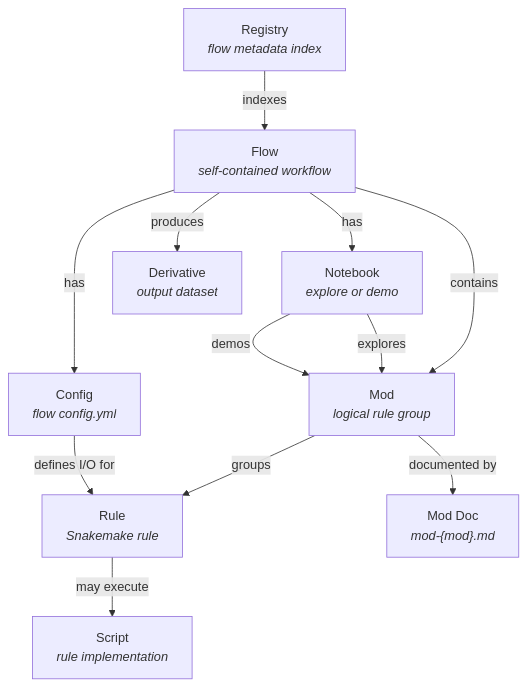
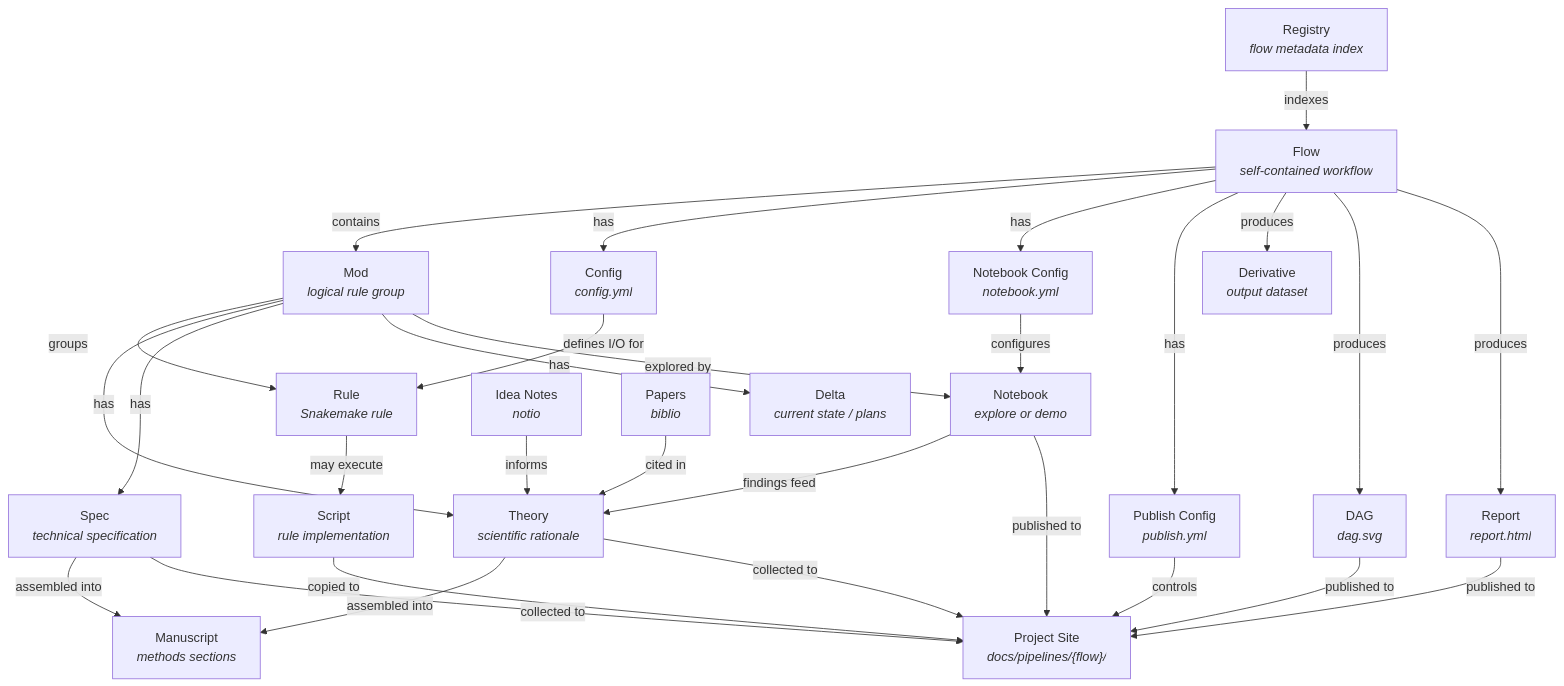
The first of 5 diagrams in docs/specs/pipeio/ontology.md (arashshahidi1997/projio), drawn with Mermaid before and after one commit. The commit also changed other lines of this file, not shown here.

Commit message:
Ontology: explore/demo notebook workspaces, mod doc facets, manifest.yml, publish.yml, git-linked scripts

````diff
--- a/docs/specs/pipeio/ontology.md
+++ b/docs/specs/pipeio/ontology.md
@@ -99,24 +202,53 @@
 ```mermaid
 graph TD
     Flow["Flow<br/><i>self-contained workflow</i>"]
     Mod["Mod<br/><i>logical rule group</i>"]
     Rule["Rule<br/><i>Snakemake rule</i>"]
     Script["Script<br/><i>rule implementation</i>"]
     Notebook["Notebook<br/><i>explore or demo</i>"]
-    Config["Config<br/><i>flow config.yml</i>"]
+    Config["Config<br/><i>config.yml</i>"]
+    NbConfig["Notebook Config<br/><i>notebook.yml</i>"]
+    PubConfig["Publish Config<br/><i>publish.yml</i>"]
     Derivative["Derivative<br/><i>output dataset</i>"]
-    Doc["Mod Doc<br/><i>mod-{mod}.md</i>"]
+    Theory["Theory<br/><i>scientific rationale</i>"]
+    Spec["Spec<br/><i>technical specification</i>"]
+    Delta["Delta<br/><i>current state / plans</i>"]
+    Site["Project Site<br/><i>docs/pipelines/{flow}/</i>"]
+    DAG["DAG<br/><i>dag.svg</i>"]
+    Report["Report<br/><i>report.html</i>"]
     Registry["Registry<br/><i>flow metadata index</i>"]
+    Manuscript["Manuscript<br/><i>methods sections</i>"]
+    IdeaNote["Idea Notes<br/><i>notio</i>"]
+    Papers["Papers<br/><i>biblio</i>"]
 
     Registry -->|indexes| Flow
     Flow -->|contains| Mod
     Flow -->|has| Config
+    Flow -->|has| NbConfig
+    Flow -->|has| PubConfig
     Flow -->|produces| Derivative
-    Flow -->|has| Notebook
+    Flow -->|produces| DAG
+    Flow -->|produces| Report
     Mod -->|groups| Rule
     Rule -->|may execute| Script
-    Mod -->|documented by| Doc
-    Notebook -->|explores| Mod
-    Notebook -->|demos| Mod
+    Mod -->|has| Theory
+    Mod -->|has| Spec
+    Mod -->|has| Delta
+    Mod -->|explored by| Notebook
+    NbConfig -->|configures| Notebook
     Config -->|defines I/O for| Rule
+
+    IdeaNote -->|informs| Theory
+    Papers -->|cited in| Theory
+    Notebook -->|findings feed| Theory
+    Theory -->|assembled into| Manuscript
+    Spec -->|assembled into| Manuscript
+
+    PubConfig -->|controls| Site
+    Theory -->|collected to| Site
+    Spec -->|collected to| Site
+    Notebook -->|published to| Site
+    Script -->|copied to| Site
+    DAG -->|published to| Site
+    Report -->|published to| Site
 ```
````
